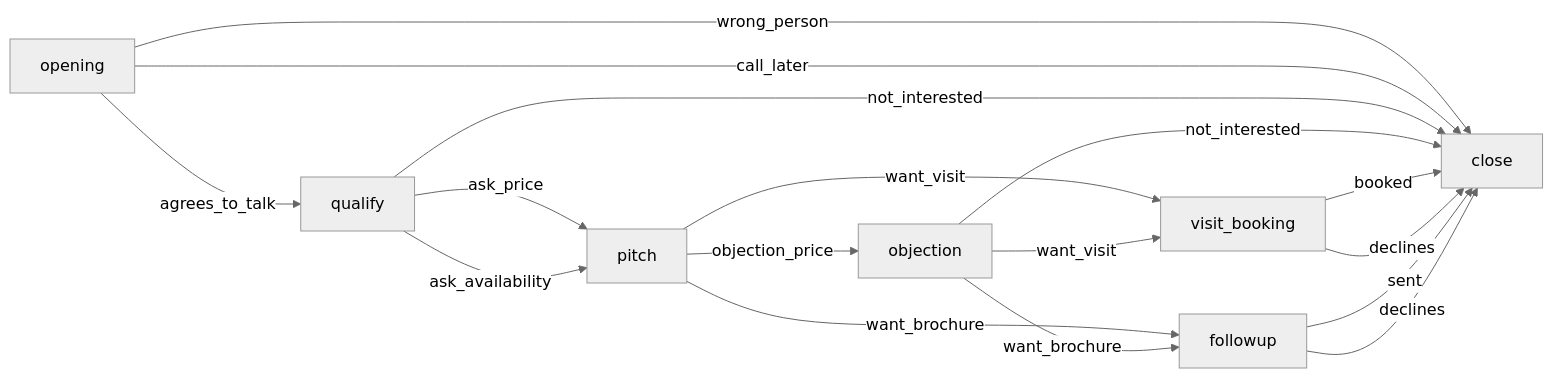
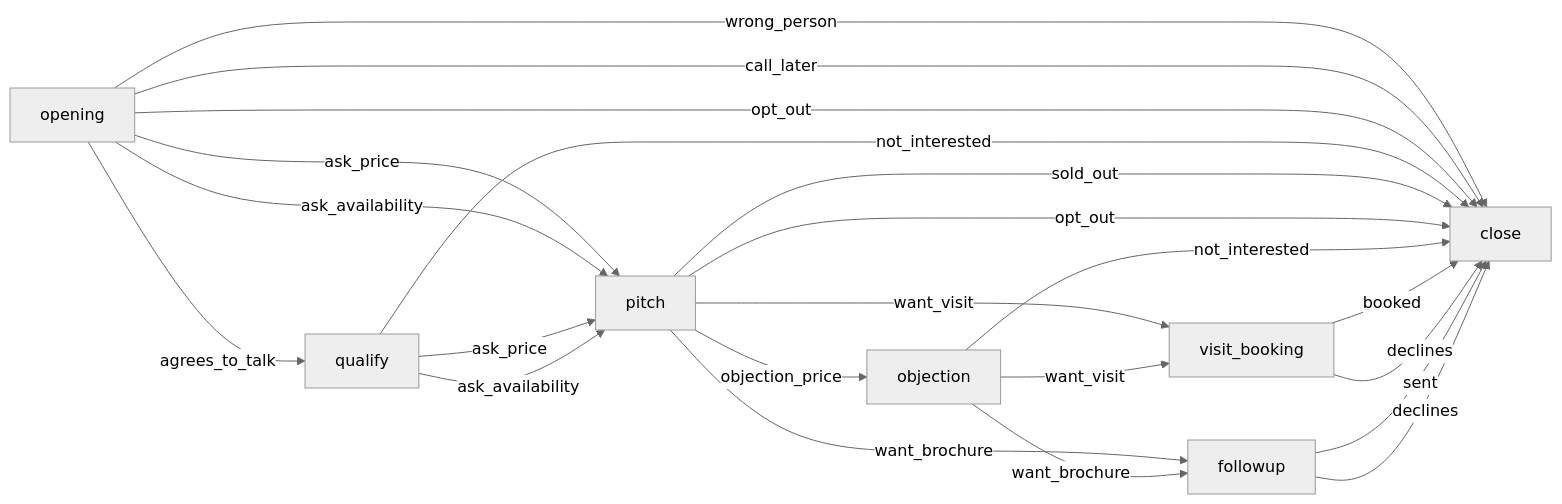
The diagram in export/pathway.md (Ryugi62/proofcall), drawn with Mermaid (neutral theme) before and after one commit. The commit also changed 42 other files, not shown here.

````diff
--- a/export/pathway.md
+++ b/export/pathway.md
@@ -3,19 +3,24 @@
 ```mermaid
 flowchart LR
   opening -- agrees_to_talk --> qualify
+  opening -- ask_price --> pitch
+  opening -- ask_availability --> pitch
   opening -- wrong_person --> close
   opening -- call_later --> close
+  opening -- opt_out --> close
   qualify -- ask_price --> pitch
   qualify -- ask_availability --> pitch
   qualify -- not_interested --> close
   pitch -- objection_price --> objection
   pitch -- want_visit --> visit_booking
   pitch -- want_brochure --> followup
+  pitch -- sold_out --> close
+  pitch -- opt_out --> close
   objection -- want_visit --> visit_booking
   objection -- want_brochure --> followup
   objection -- not_interested --> close
   visit_booking -- booked --> close
   visit_booking -- declines --> close
   followup -- sent --> close
   followup -- declines --> close
 ```
````
